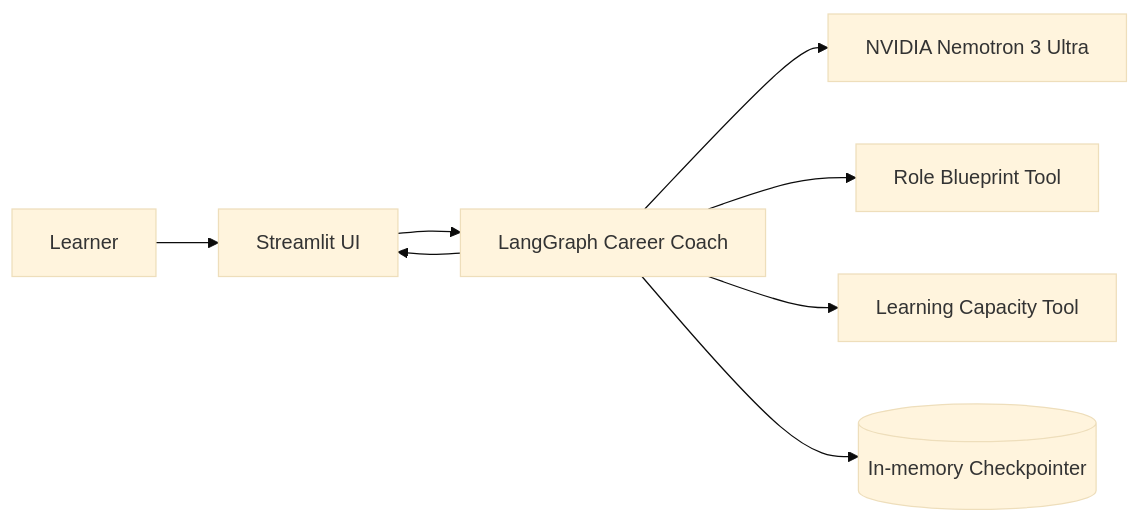
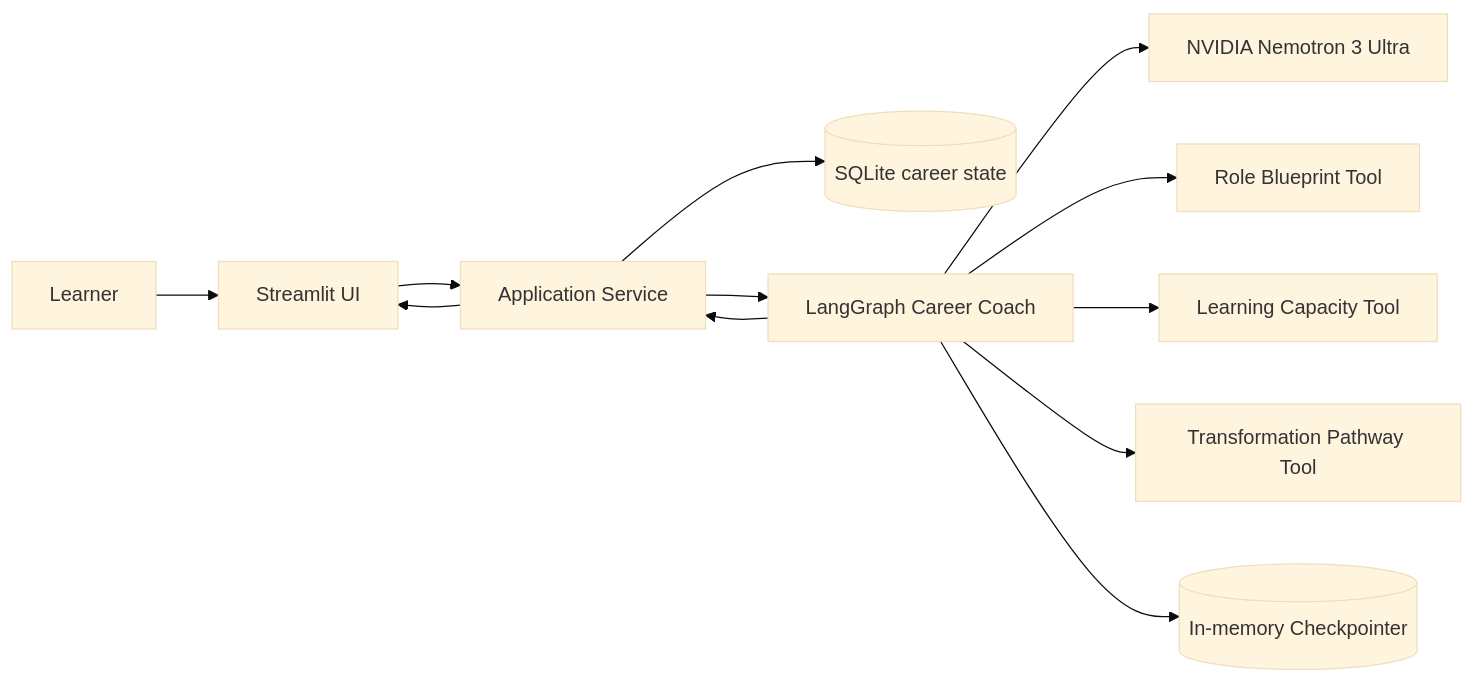
Before and after one commit to agileskool/ai-career-coach-agent: the first of 3 diagrams in docs/architecture.md, drawn with Mermaid (base theme). The commit also changed other lines of this file, not shown here.

Commit message:
docs: update V0.2 architecture and memory boundary

````diff
--- a/docs/architecture.md
+++ b/docs/architecture.md
@@ -5,10 +5,14 @@
 ```mermaid
 flowchart LR
     U[Learner] --> UI[Streamlit UI]
-    UI --> G[LangGraph Career Coach]
+    UI --> SVC[Application Service]
+    SVC --> DB[(SQLite career state)]
+    SVC --> G[LangGraph Career Coach]
     G --> M[NVIDIA Nemotron 3 Ultra]
     G --> RB[Role Blueprint Tool]
     G --> LC[Learning Capacity Tool]
+    G --> TP[Transformation Pathway Tool]
     G --> C[(In-memory Checkpointer)]
-    G --> UI
+    G --> SVC
+    SVC --> UI
 ```
````
